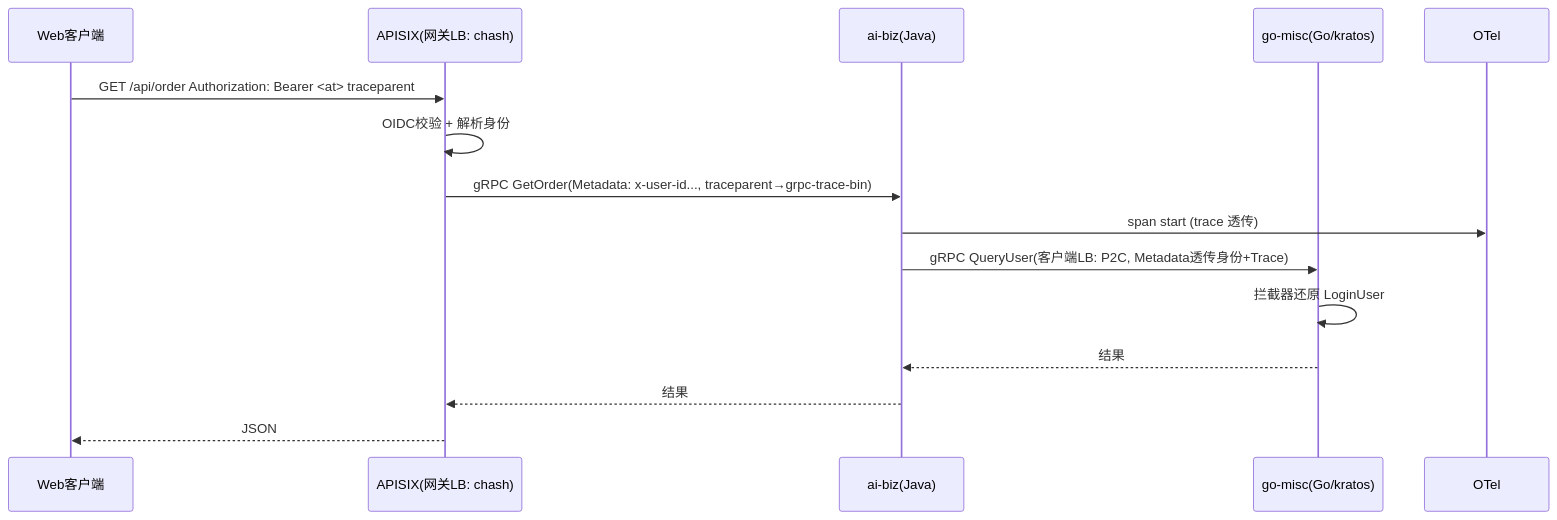
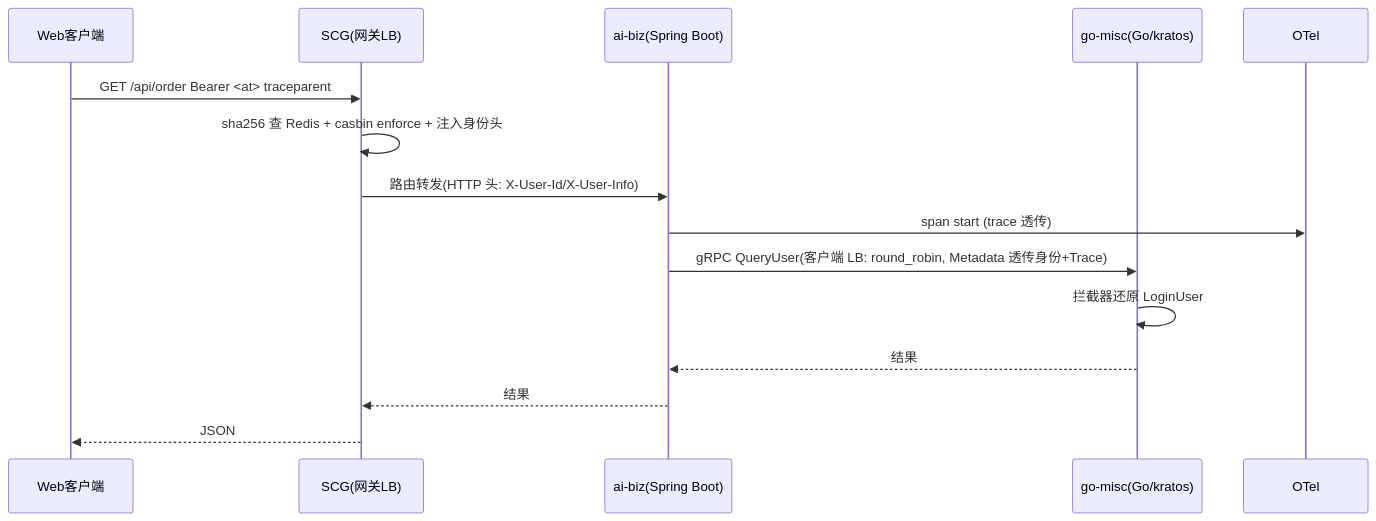
Before and after one commit to BigbearO/my-biz: the fifth of 5 diagrams in java/xxs-micro/doc/架构.md, drawn with Mermaid. The commit also changed other lines of this file and 5 other files, not shown here.

````diff
--- a/java/xxs-micro/doc/架构.md
+++ b/java/xxs-micro/doc/架构.md
@@ -229,17 +390,17 @@
 ```mermaid
 sequenceDiagram
     participant Web as Web客户端
-    participant GW as APISIX(网关LB: chash)
-    participant J as ai-biz(Java)
+    participant GW as SCG(网关LB)
+    participant J as ai-biz(Spring Boot)
     participant G as go-misc(Go/kratos)
     participant OT as OTel
-    Web->>GW: GET /api/order  Authorization: Bearer <at>  traceparent
-    GW->>GW: OIDC校验 + 解析身份
-    GW->>J: gRPC GetOrder(Metadata: x-user-id..., traceparent→grpc-trace-bin)
+    Web->>GW: GET /api/order  Bearer <at>  traceparent
+    GW->>GW: sha256 查 Redis + casbin enforce + 注入身份头
+    GW->>J: 路由转发(HTTP 头: X-User-Id/X-User-Info)
     J->>OT: span start (trace 透传)
-    J->>G: gRPC QueryUser(客户端LB: P2C, Metadata透传身份+Trace)
+    J->>G: gRPC QueryUser(客户端 LB: round_robin, Metadata 透传身份+Trace)
     G->>G: 拦截器还原 LoginUser
     G-->>J: 结果
     J-->>GW: 结果
     GW-->>Web: JSON
 ```
````
